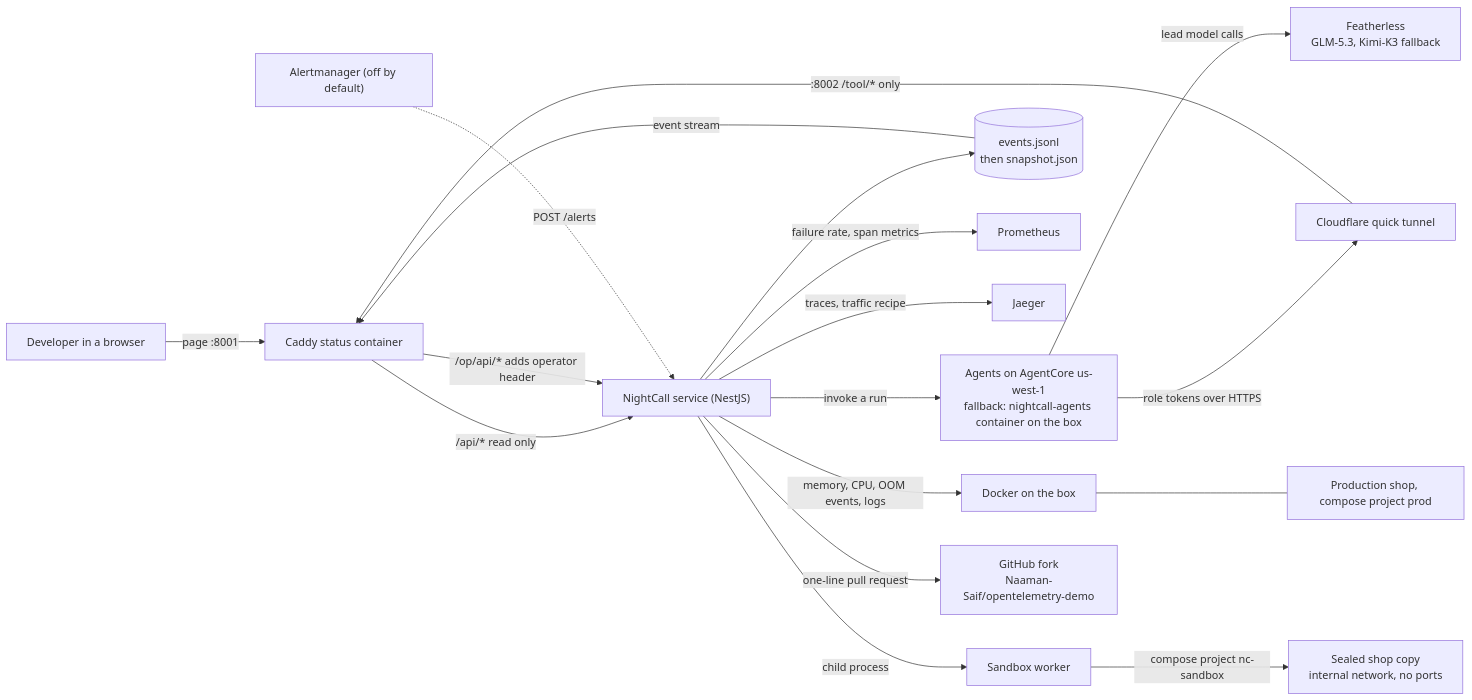
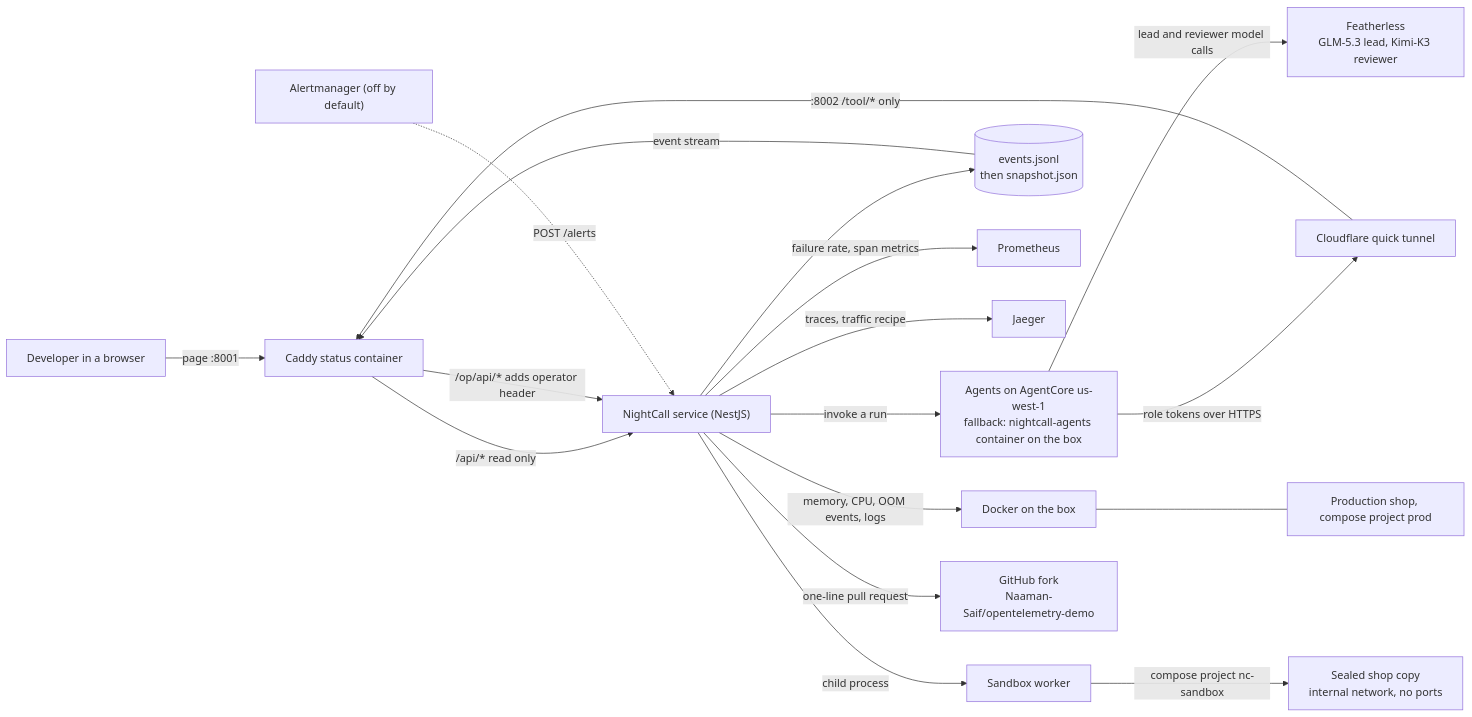
The first of 2 diagrams in night-call/ARCHITECTURE.md (Naaman-Saif/NightCall), drawn with Mermaid before and after one commit. The commit also changed other lines of this file and 3 other files, not shown here.

First line of the commit message:
docs: Kimi-K3 reviewer, AgentCore in us-west-1, plain wording for the untested-cause limit, CLAUDE.md updated to match

````diff
--- a/night-call/ARCHITECTURE.md
+++ b/night-call/ARCHITECTURE.md
@@ -7,20 +7,20 @@
 ```mermaid
 flowchart LR
     human["Developer in a browser"] -->|"page :8001"| caddy["Caddy status container"]
     caddy -->|"/api/* read only"| nest["NightCall service (NestJS)"]
     caddy -->|"/op/api/* adds operator header"| nest
     agents["Agents on AgentCore us-west-1<br/>fallback: nightcall-agents container on the box"] -->|"role tokens over HTTPS"| tunnel["Cloudflare quick tunnel"]
     tunnel -->|":8002 /tool/* only"| caddy
     nest -->|"invoke a run"| agents
-    agents -->|"lead model calls"| models["Featherless<br/>GLM-5.3, Kimi-K3 fallback"]
+    agents -->|"lead and reviewer model calls"| models["Featherless<br/>GLM-5.3 lead, Kimi-K3 reviewer"]
     nest --> log[("events.jsonl<br/>then snapshot.json")]
     log -->|"event stream"| caddy
     nest -->|"failure rate, span metrics"| prom["Prometheus"]
     nest -->|"traces, traffic recipe"| jaeger["Jaeger"]
     nest -->|"memory, CPU, OOM events, logs"| docker["Docker on the box"]
     nest -->|"child process"| worker["Sandbox worker"]
     worker -->|"compose project nc-sandbox"| sandbox["Sealed shop copy<br/>internal network, no ports"]
     nest -->|"one-line pull request"| github["GitHub fork<br/>Naaman-Saif/opentelemetry-demo"]
     alert["Alertmanager (off by default)"] -.->|"POST /alerts"| nest
     docker --- shop["Production shop, compose project prod"]
 ```
````
